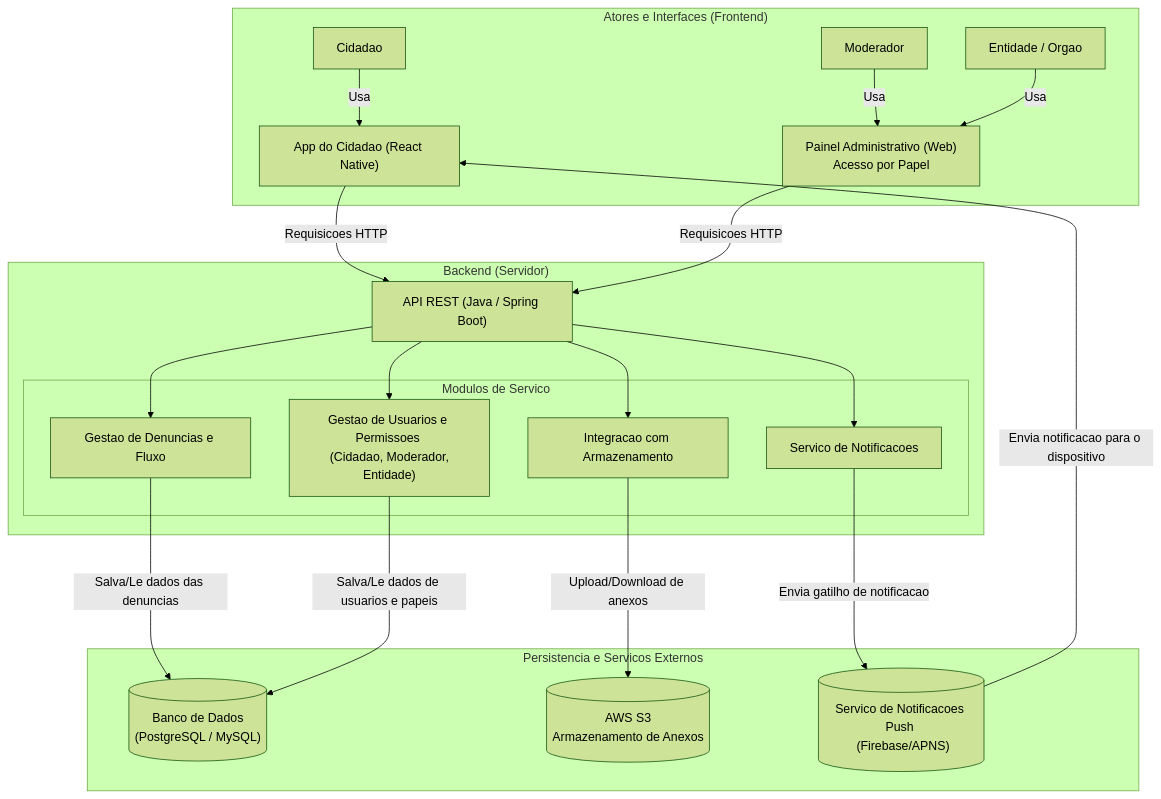
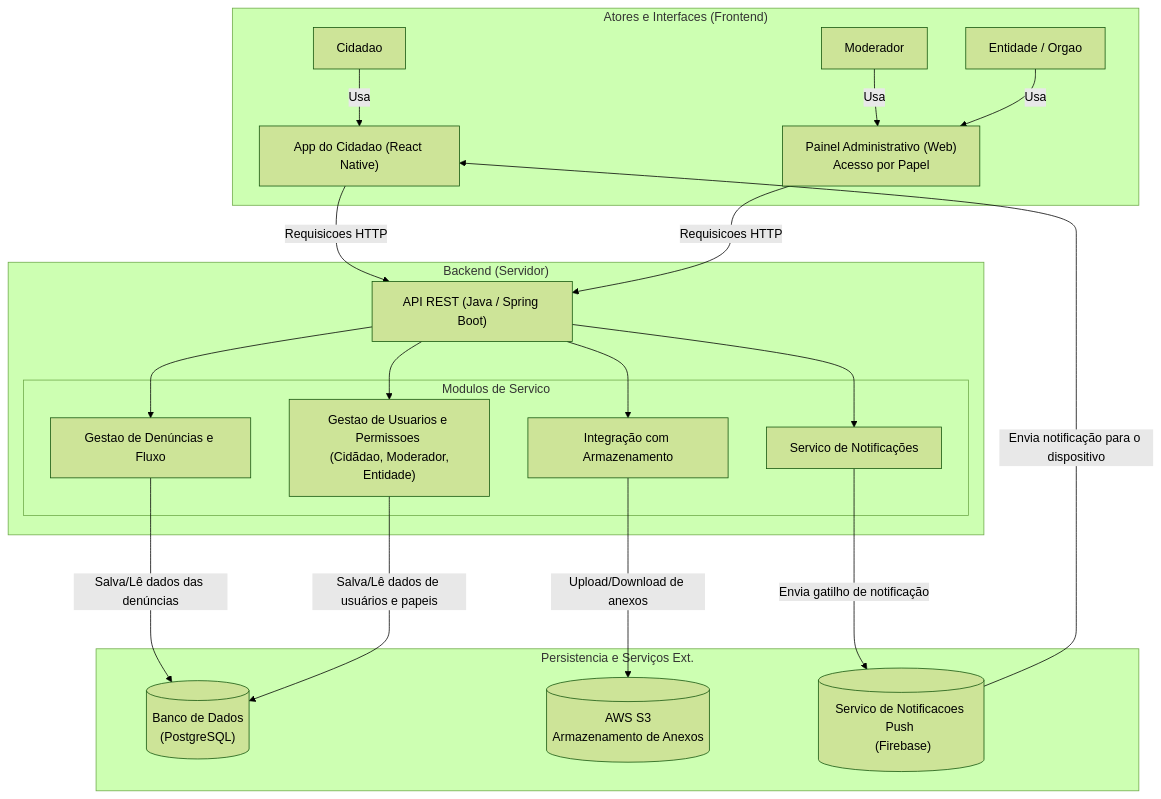
One commit to rafa-alves6/Reclama.se-AOO changed the diagram in Diagramas/architectureDiagram.md. Above: the diagram before and after it, drawn with Mermaid (forest theme).

````diff
--- a/Diagramas/architectureDiagram.md
+++ b/Diagramas/architectureDiagram.md
@@ -1,40 +1,40 @@
 ```mermaid
 graph TD
     subgraph "Atores e Interfaces (Frontend)"
         A["Cidadao"] -- "Usa" --> AppCidadao["App do Cidadao (React Native)"]
         B["Moderador"] -- "Usa" --> PainelAdmin["Painel Administrativo (Web) <br> Acesso por Papel"]
         D["Entidade / Orgao"] -- "Usa" --> PainelAdmin
     end
 
     subgraph "Backend (Servidor)"
         API["API REST (Java / Spring Boot)"]
         
         subgraph "Modulos de Servico"
-            S1["Gestao de Denuncias e Fluxo"]
-            S2["Gestao de Usuarios e Permissoes <br> (Cidadao, Moderador, Entidade)"]
-            S3["Servico de Notificacoes"]
-            S4["Integracao com Armazenamento"]
+            S1["Gestao de Denúncias e Fluxo"]
+            S2["Gestao de Usuarios e Permissoes <br> (Cidãdao, Moderador, Entidade)"]
+            S3["Servico de Notificações"]
+            S4["Integração com Armazenamento"]
         end
     end
 
-    subgraph "Persistencia e Servicos Externos"
-        DB[("Banco de Dados <br> (PostgreSQL / MySQL)")]
+    subgraph "Persistencia e Serviços Ext."
+        DB[("Banco de Dados <br> (PostgreSQL)")]
         S3Bucket[("AWS S3 <br> Armazenamento de Anexos")]
-        PushService[("Servico de Notificacoes Push <br> (Firebase/APNS)")]
+        PushService[("Servico de Notificacoes Push <br> (Firebase)")]
     end
 
     %% Conexoes
     AppCidadao -- "Requisicoes HTTP" --> API
     PainelAdmin -- "Requisicoes HTTP" --> API
 
     API --> S1 & S2 & S3 & S4
 
-    S1 -- "Salva/Le dados das denuncias" ---> DB
-    S2 -- "Salva/Le dados de usuarios e papeis" ---> DB
+    S1 -- "Salva/Lê dados das denúncias" ---> DB
+    S2 -- "Salva/Lê dados de usuários e papeis" ---> DB
     
     S4 -- "Upload/Download de anexos" ---> S3Bucket
     
-    S3 -- "Envia gatilho de notificacao" ---> PushService
+    S3 -- "Envia gatilho de notificação" ---> PushService
 
-    PushService -- "Envia notificacao para o dispositivo" --> AppCidadao
+    PushService -- "Envia notificação para o dispositivo" --> AppCidadao
 ```
````
